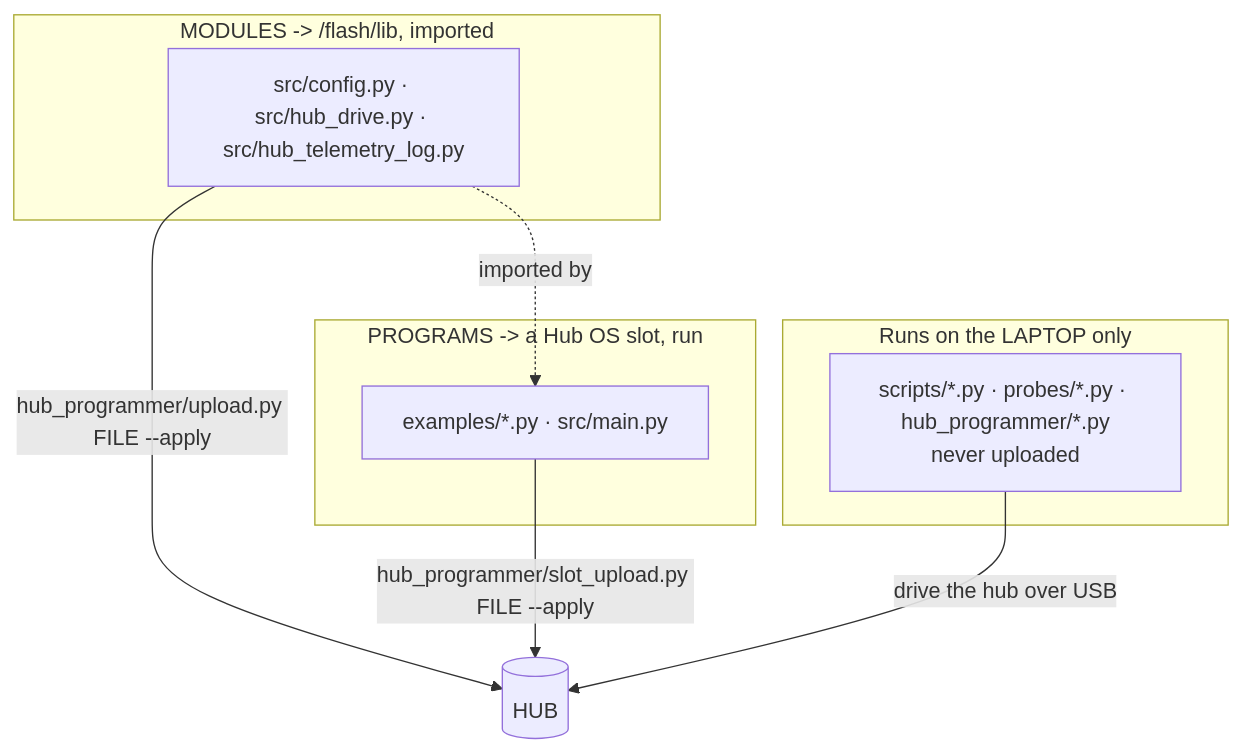
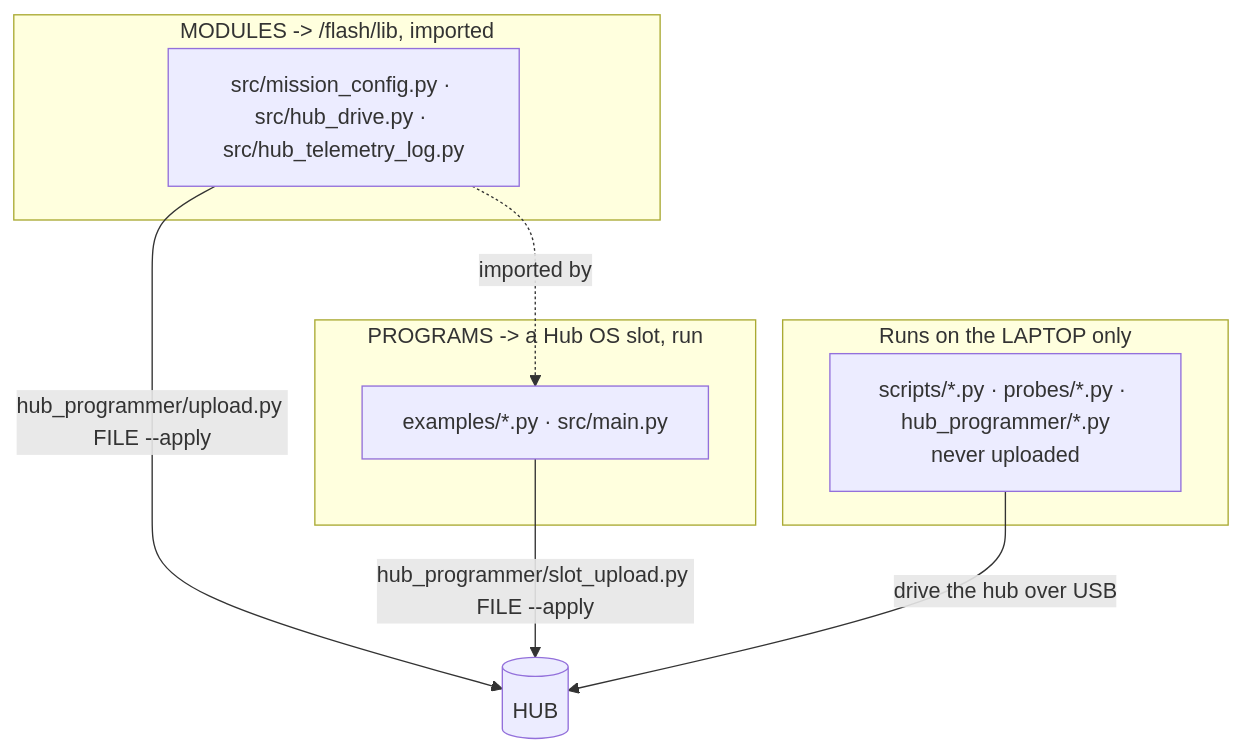
The diagram in docs/runbooks/modules-vs-programs.md (erauredeyesociety/sys301_minesweeper), drawn with Mermaid before and after one commit. The commit also changed other lines of this file and 92 other files, not shown here.

````diff
--- a/docs/runbooks/modules-vs-programs.md
+++ b/docs/runbooks/modules-vs-programs.md
@@ -6,16 +6,16 @@
 ```mermaid
 flowchart TD
     subgraph HOST["Runs on the LAPTOP only"]
         T["scripts/*.py · probes/*.py · hub_programmer/*.py<br/>never uploaded"]
     end
     subgraph LIB["MODULES -> /flash/lib, imported"]
-        M["src/config.py · src/hub_drive.py · src/hub_telemetry_log.py"]
+        M["src/mission_config.py · src/hub_drive.py · src/hub_telemetry_log.py"]
     end
     subgraph SLOT["PROGRAMS -> a Hub OS slot, run"]
         P["examples/*.py · src/main.py"]
     end
     M -->|"hub_programmer/upload.py FILE --apply"| HUB[("HUB")]
     P -->|"hub_programmer/slot_upload.py FILE --apply"| HUB
     T -->|"drive the hub over USB"| HUB
     M -.->|"imported by"| P
 ```
````
